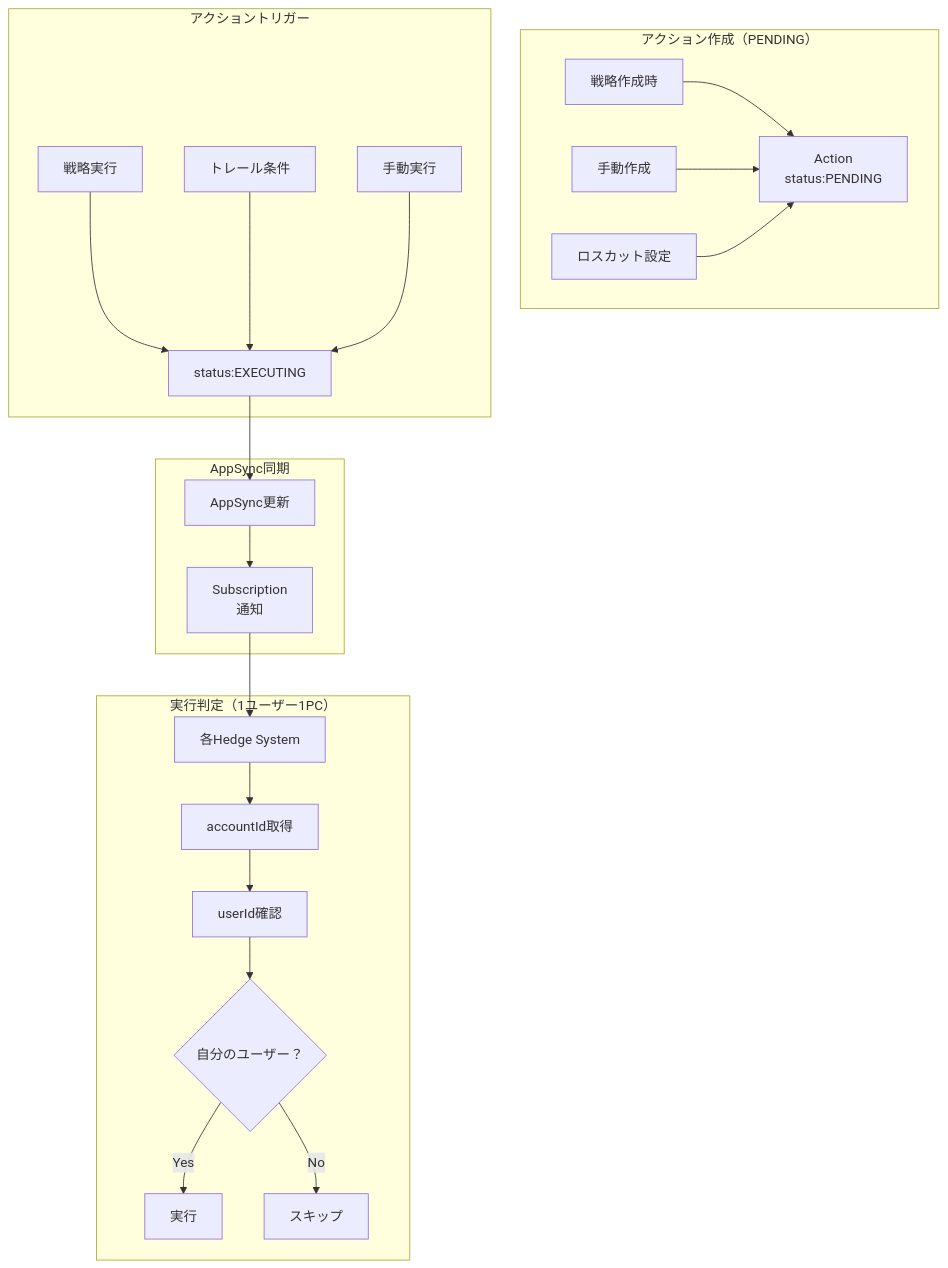
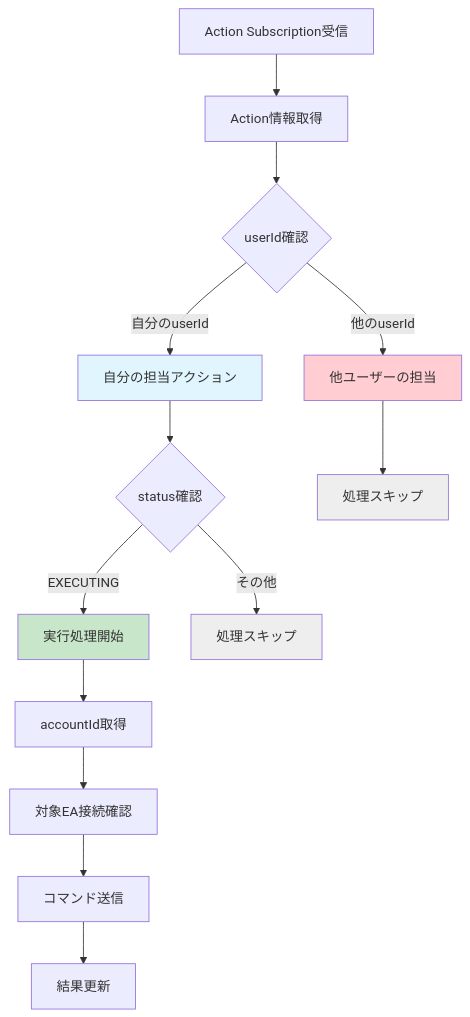
One commit to rnrnstar2/ArbitrageAssistant changed the tenth of 16 diagrams in MVPシステム設計.md. Above: the diagram before and after it, drawn with Mermaid. The commit also changed other lines of this file and 111 other files, not shown here.

````diff
--- a/MVPシステム設計.md
+++ b/MVPシステム設計.md
@@ -347,29 +524,25 @@
 ```mermaid
-graph TB
-    subgraph "アクション作成（PENDING）"
-        Strategy[戦略作成時] --> ActionP[Action<br/>status:PENDING]
-        Manual[手動作成] --> ActionP
-        Position[ロスカット設定] --> ActionP
-    end
-    
-    subgraph "アクショントリガー"
-        Exec[戦略実行] --> UpdateS[status:EXECUTING]
-        Trail[トレール条件] --> UpdateS
-        User[手動実行] --> UpdateS
-    end
-    
-    subgraph "AppSync同期"
-        UpdateS --> API[AppSync更新]
-        API --> Sub[Subscription<br/>通知]
-    end
-    
-    subgraph "実行判定（1ユーザー1PC）"
-        Sub --> HS[各Hedge System]
-        HS --> GetAccount[accountId取得]
-        GetAccount --> GetUser[userId確認]
-        GetUser --> Check{自分のユーザー？}
-        
-        Check -->|Yes| Execute[実行]
-        Check -->|No| Skip[スキップ]
-    end
+flowchart TD
+    Start[Action Subscription受信] --> GetAction[Action情報取得]
+    GetAction --> CheckUserId{userId確認}
+
+    CheckUserId -->|自分のuserId| MyAction[自分の担当アクション]
+    CheckUserId -->|他のuserId| OtherAction[他ユーザーの担当]
+
+    MyAction --> CheckStatus{status確認}
+    CheckStatus -->|EXECUTING| Execute[実行処理開始]
+    CheckStatus -->|その他| Skip1[処理スキップ]
+
+    Execute --> GetAccount[accountId取得]
+    GetAccount --> ConnectEA[対象EA接続確認]
+    ConnectEA --> SendCommand[コマンド送信]
+    SendCommand --> UpdateResult[結果更新]
+
+    OtherAction --> Skip2[処理スキップ]
+
+    style MyAction fill:#e1f5fe
+    style Execute fill:#c8e6c9
+    style OtherAction fill:#ffcdd2
+    style Skip1 fill:#eeeeee
+    style Skip2 fill:#eeeeee
 ```
````
